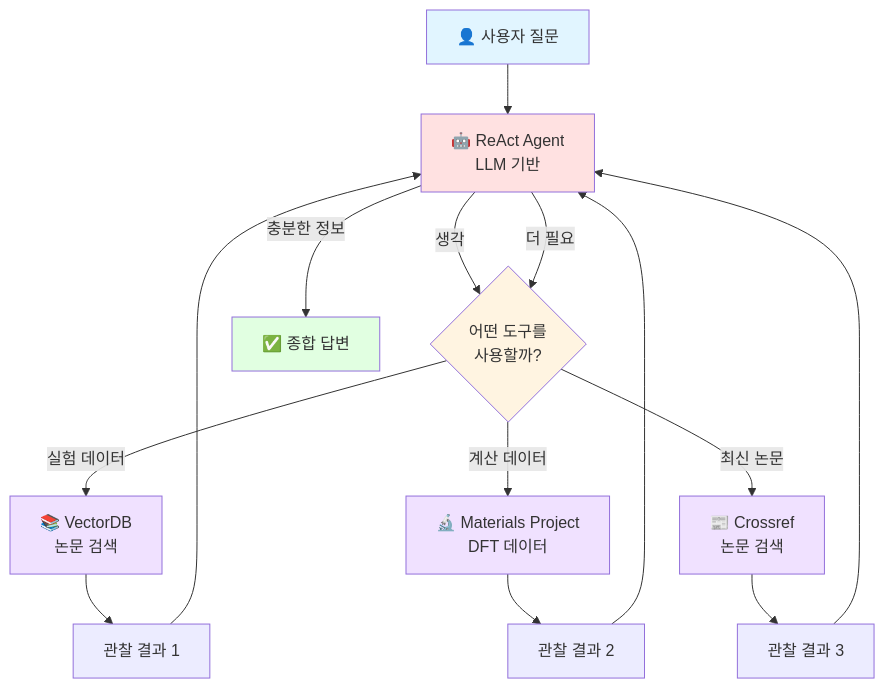
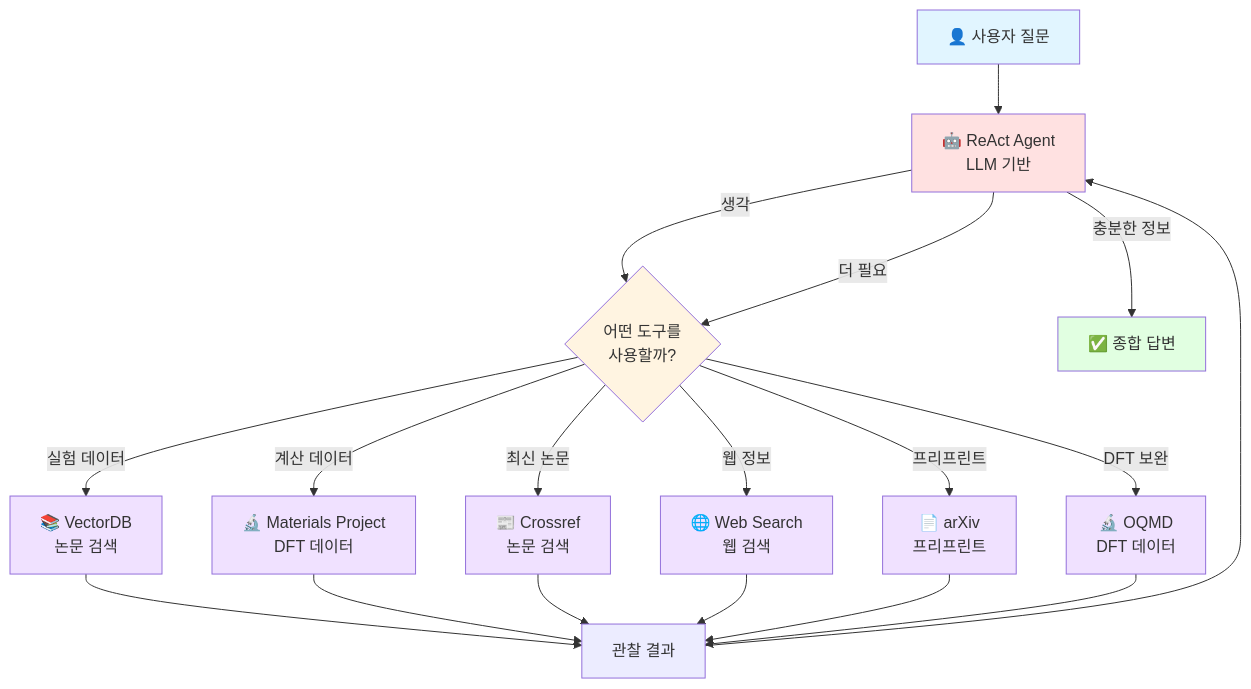
The third of 11 diagrams in README.md (JDeun/SKKU_RAG), drawn with Mermaid before and after one commit. The commit also changed other lines of this file and 6 other files, not shown here.

````diff
--- a/README.md
+++ b/README.md
@@ -133,29 +133,36 @@
 ```mermaid
 graph TB
     User[👤 사용자 질문] --> Agent[🤖 ReAct Agent<br/>LLM 기반]
     
     Agent -->|생각| Think{어떤 도구를<br/>사용할까?}
     
     Think -->|실험 데이터| VDB[📚 VectorDB<br/>논문 검색]
     Think -->|계산 데이터| MP[🔬 Materials Project<br/>DFT 데이터]
     Think -->|최신 논문| CR[📰 Crossref<br/>논문 검색]
-    
-    VDB --> Obs1[관찰 결과 1]
-    MP --> Obs2[관찰 결과 2]
-    CR --> Obs3[관찰 결과 3]
-    
-    Obs1 --> Agent
-    Obs2 --> Agent
-    Obs3 --> Agent
-    
+    Think -->|웹 정보| WS[🌐 Web Search<br/>웹 검색]
+    Think -->|프리프린트| AX[📄 arXiv<br/>프리프린트]
+    Think -->|DFT 보완| OQ[🔬 OQMD<br/>DFT 데이터]
+
+    VDB --> Obs[관찰 결과]
+    MP --> Obs
+    CR --> Obs
+    WS --> Obs
+    AX --> Obs
+    OQ --> Obs
+
+    Obs --> Agent
+
     Agent -->|충분한 정보| Answer[✅ 종합 답변]
     Agent -->|더 필요| Think
-    
+
     style User fill:#e1f5ff
     style Agent fill:#ffe1e1
     style Think fill:#fff4e1
     style Answer fill:#e1ffe1
     style VDB fill:#f0e1ff
     style MP fill:#f0e1ff
     style CR fill:#f0e1ff
+    style WS fill:#f0e1ff
+    style AX fill:#f0e1ff
+    style OQ fill:#f0e1ff
 ```
````
